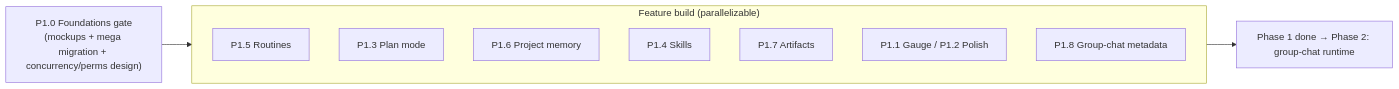
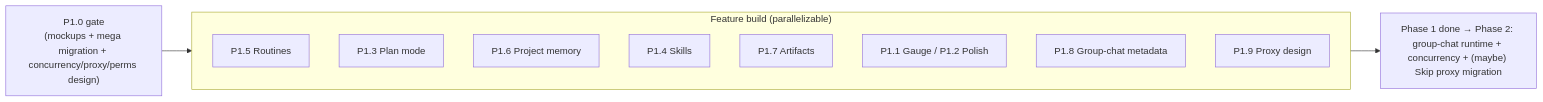
Before and after one commit to MemberJunction/MJ: the ninth of 9 diagrams in plans/conversations-mega-phase-1-wbs.md, drawn with Mermaid. The commit also changed other lines of this file, not shown here.

First line of the commit message:
docs: finalize Mega Phase 1 plan — realtime + proxy findings, revised decisions

````diff
--- a/plans/conversations-mega-phase-1-wbs.md
+++ b/plans/conversations-mega-phase-1-wbs.md
@@ -402,15 +344,16 @@
 ```mermaid
 flowchart LR
-  G0["P1.0 Foundations gate<br/>(mockups + mega migration + concurrency/perms design)"] --> G1
+  G0["P1.0 gate<br/>(mockups + mega migration + concurrency/proxy/perms design)"] --> G1
   subgraph G1["Feature build (parallelizable)"]
     direction TB
-    R["P1.5 Routines"]
-    PL["P1.3 Plan mode"]
-    M["P1.6 Project memory"]
-    S["P1.4 Skills"]
-    AR["P1.7 Artifacts"]
-    UX["P1.1 Gauge / P1.2 Polish"]
-    GC["P1.8 Group-chat metadata"]
+    R[P1.5 Routines]
+    PL[P1.3 Plan mode]
+    M[P1.6 Project memory]
+    S[P1.4 Skills]
+    AR[P1.7 Artifacts]
+    UX[P1.1 Gauge / P1.2 Polish]
+    GC[P1.8 Group-chat metadata]
+    PX[P1.9 Proxy design]
   end
-  G1 --> DONE["Phase 1 done → Phase 2: group-chat runtime"]
+  G1 --> DONE["Phase 1 done → Phase 2: group-chat runtime + concurrency + (maybe) Skip proxy migration"]
 ```
````
